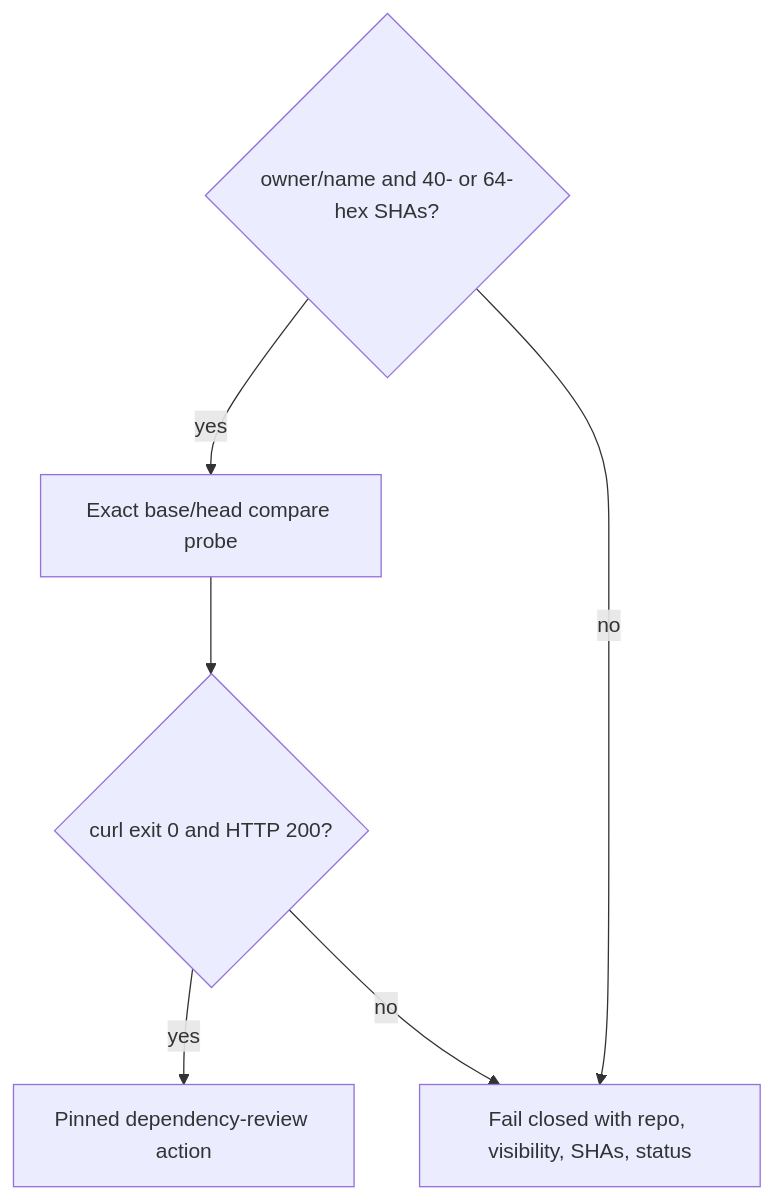
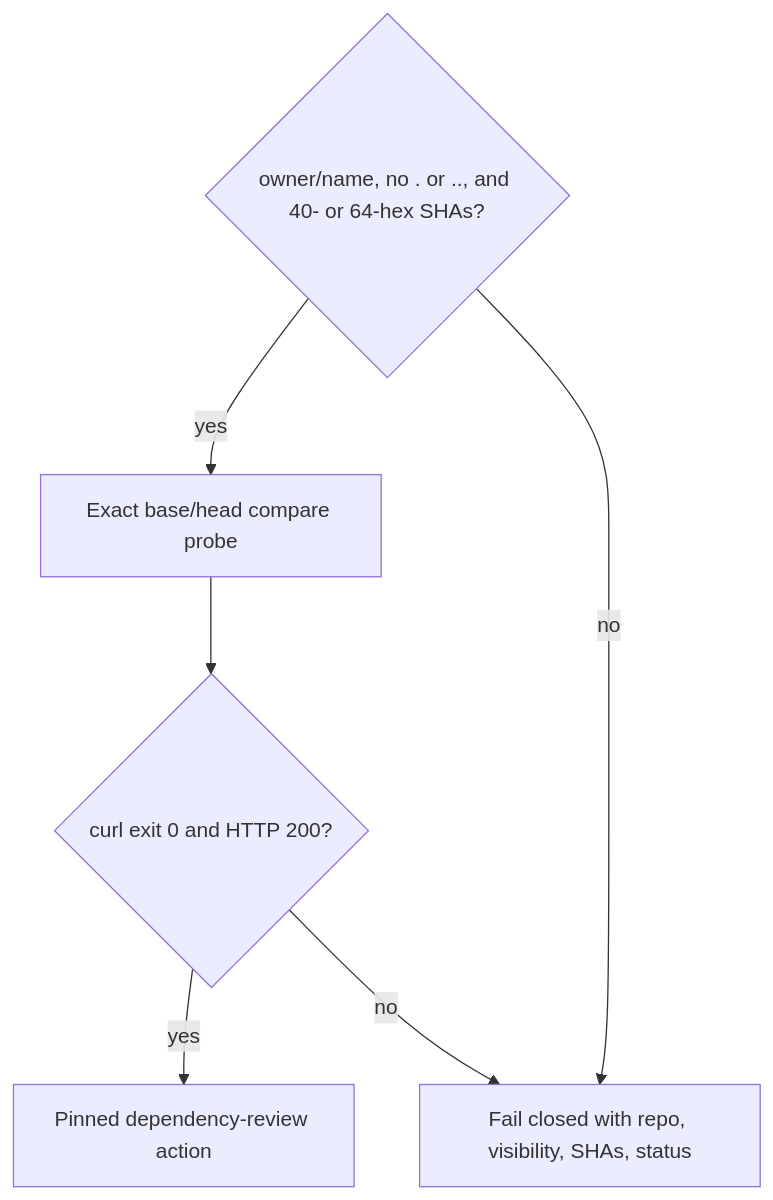
One commit to ContextualWisdomLab/.github changed the fourth of 4 diagrams in ARCHITECTURE.md. Above: the diagram before and after it, drawn with Mermaid. The commit also changed other lines of this file and 5 other files, not shown here.

````diff
--- a/ARCHITECTURE.md
+++ b/ARCHITECTURE.md
@@ -119,14 +120,14 @@
 ```mermaid
 flowchart TD
-  Identity{"owner/name and 40- or 64-hex SHAs?"}
+  Identity{"owner/name, no . or .., and 40- or 64-hex SHAs?"}
   Probe["Exact base/head compare probe"]
   Transport{"curl exit 0 and HTTP 200?"}
   Action["Pinned dependency-review action"]
   Fail["Fail closed with repo, visibility, SHAs, status"]
 
   Identity -->|"yes"| Probe
   Identity -->|"no"| Fail
   Probe --> Transport
   Transport -->|"yes"| Action
   Transport -->|"no"| Fail
 ```
````
